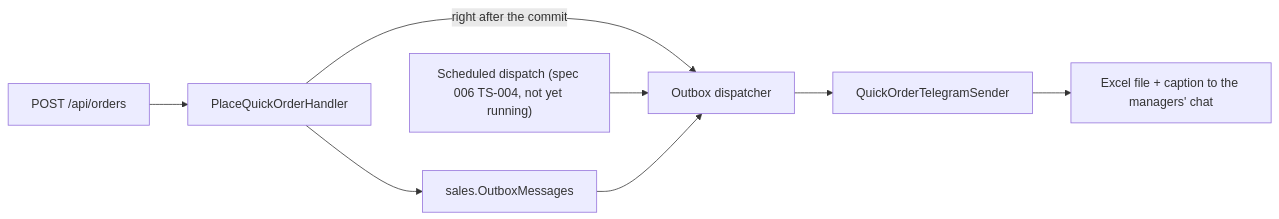
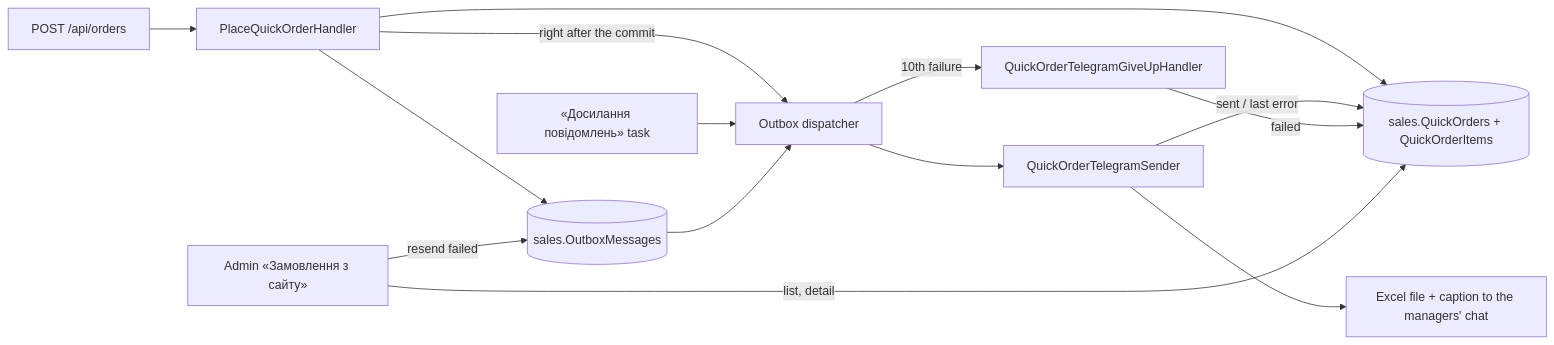
Before and after one commit to Weretik/KedrStore: the diagram in docs/sdd/features/sales/quick-order.md, drawn with Mermaid. The commit also changed other lines of this file and 59 other files, not shown here.

First line of the commit message:
Keep site orders in Sales and show them in the Admin with Telegram delivery state

````diff
--- a/docs/sdd/features/sales/quick-order.md
+++ b/docs/sdd/features/sales/quick-order.md
@@ -29,10 +47,15 @@
 ```mermaid
 flowchart LR
     A["POST /api/orders"] --> B["PlaceQuickOrderHandler"]
-    B --> C["sales.OutboxMessages"]
+    B --> C[("sales.QuickOrders + QuickOrderItems")]
+    B --> M[("sales.OutboxMessages")]
     B -->|"right after the commit"| D["Outbox dispatcher"]
-    E["Scheduled dispatch (spec 006 TS-004, not yet running)"] --> D
-    C --> D
+    E["«Досилання повідомлень» task"] --> D
+    M --> D
     D --> F["QuickOrderTelegramSender"]
     F --> G["Excel file + caption to the managers' chat"]
+    F -->|"sent / last error"| C
+    D -->|"10th failure"| H["QuickOrderTelegramGiveUpHandler"] -->|"failed"| C
+    I["Admin «Замовлення з сайту»"] -->|"list, detail"| C
+    I -->|"resend failed"| M
 ```
````
